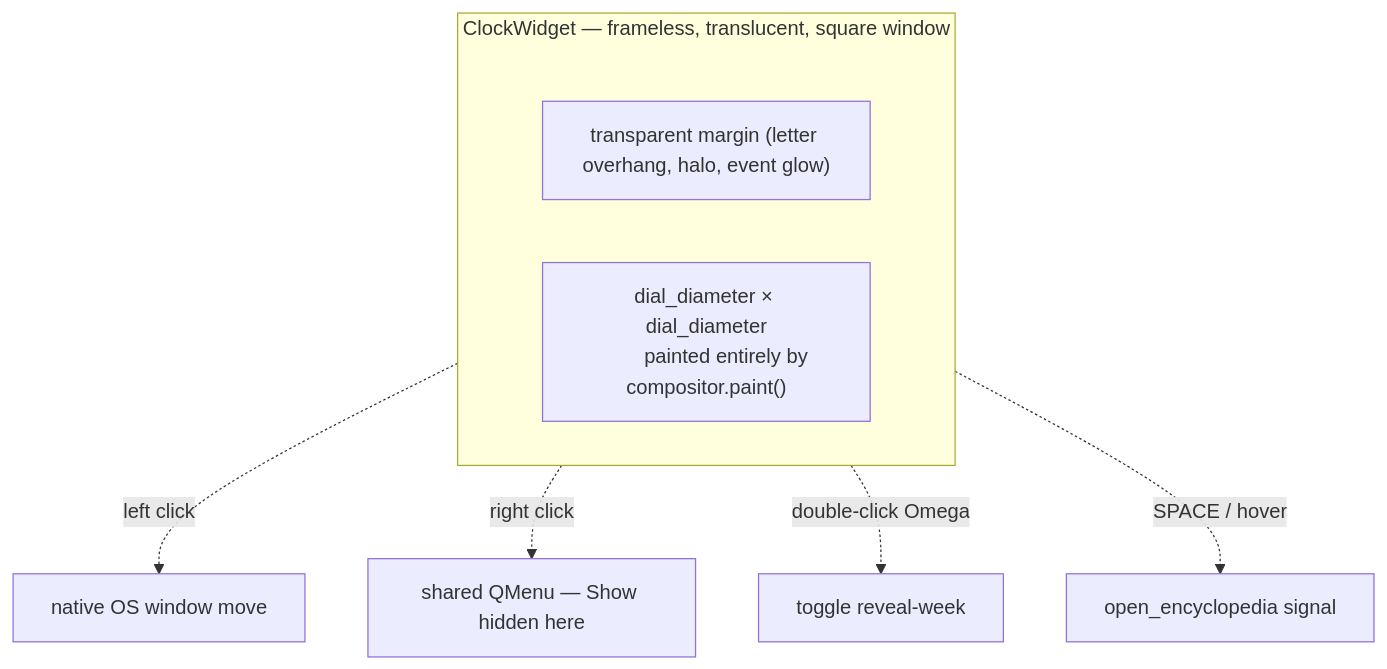
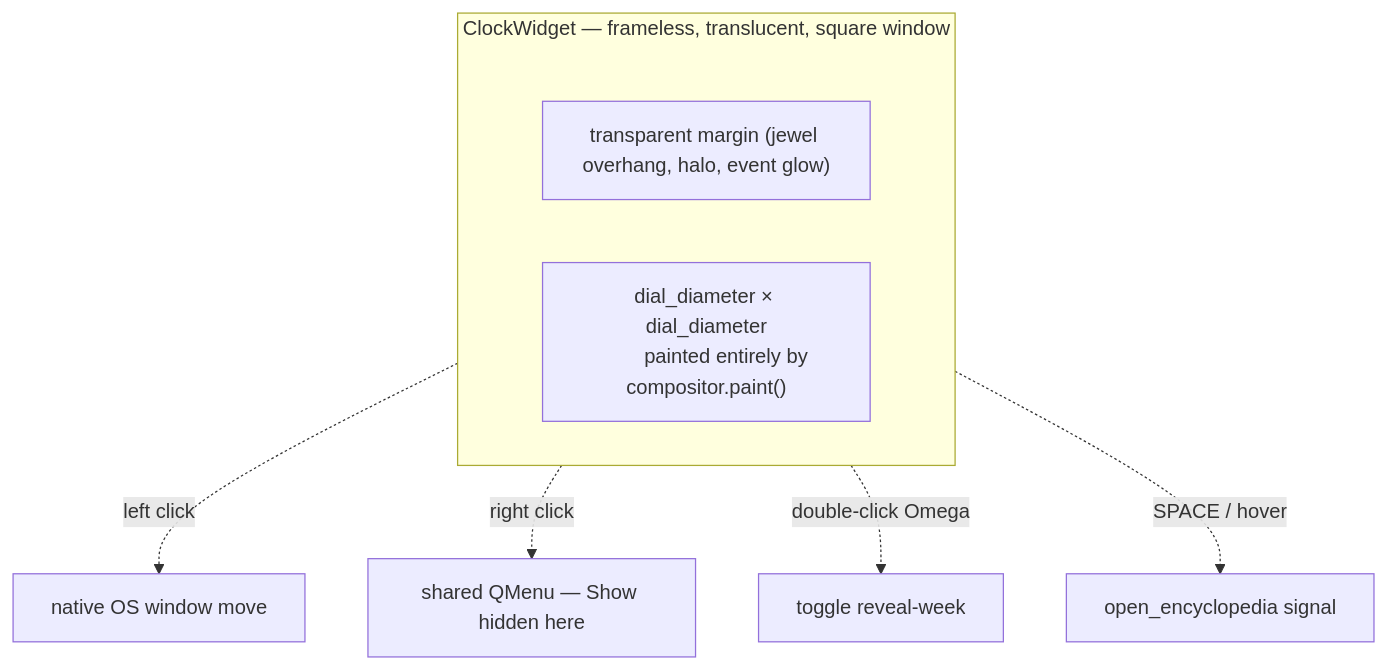
Before and after one commit to UVuruna/Watch-Academy: the first of 3 diagrams in app/__flow/widget.md, drawn with Mermaid. The commit also changed 62 other files, not shown here.

````diff
--- a/app/__flow/widget.md
+++ b/app/__flow/widget.md
@@ -7,13 +7,13 @@
 ```mermaid
 %%{init: {'flowchart': {'subGraphTitleMargin': {'top': 0, 'bottom': 35}}}}%%
 flowchart TB
     subgraph WIN["ClockWidget — frameless, translucent, square window"]
-        MARGIN["transparent margin (letter overhang, halo, event glow)"]
+        MARGIN["transparent margin (jewel overhang, halo, event glow)"]
         DIAL["dial_diameter × dial_diameter
         painted entirely by compositor.paint()"]
     end
     WIN -. "left click" .-> MOVE[native OS window move]
     WIN -. "right click" .-> MENU[shared QMenu — Show hidden here]
     WIN -. "double-click Omega" .-> REVEAL[toggle reveal-week]
     WIN -. "SPACE / hover" .-> ENC[open_encyclopedia signal]
 ```
````
